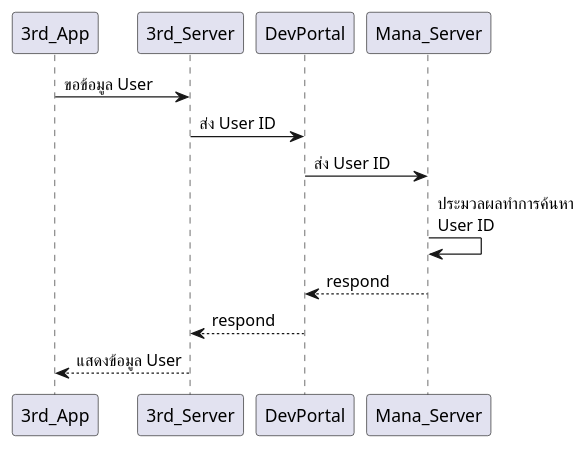
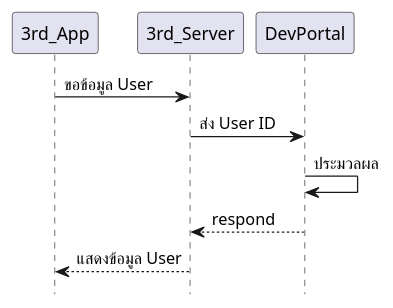
Before and after one commit to group-thes/doc-mana-dev: the diagram in docs/img/Introduction/devportal.md, drawn with PlantUML. The commit also changed 2 other files, not shown here.

Commit message:
edit overview

```diff
--- a/docs/img/Introduction/devportal.md
+++ b/docs/img/Introduction/devportal.md
@@ -1,18 +1,12 @@
 @startuml
 participant 3rd_App as Foo
 participant 3rd_Server as Foo1
 participant DevPortal as Foo2
-participant Mana_Server as Foo3
-
-
 
 Foo -> Foo1 : ขอข้อมูล User 
 Foo1 -> Foo2 : ส่ง User ID
-Foo2 -> Foo3 : ส่ง User ID
-Foo3 -> Foo3 : ประมวลผลทำการค้นหา\nUser ID
-Foo3 --> Foo2 : respond
+Foo2 -> Foo2 : ประมวลผล
 Foo2 --> Foo1 : respond
 Foo1 --> Foo : แสดงข้อมูล User
-
-
+hide footbox
 @enduml
```
